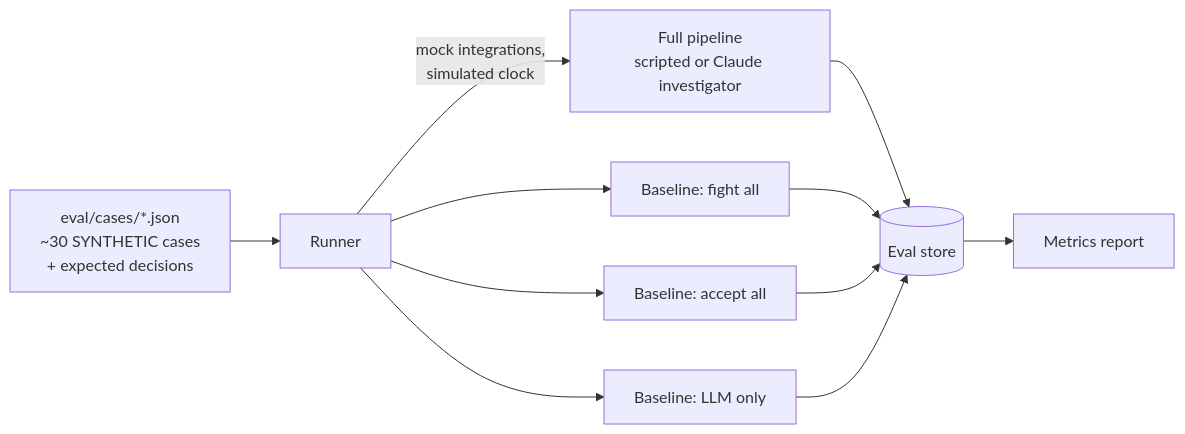
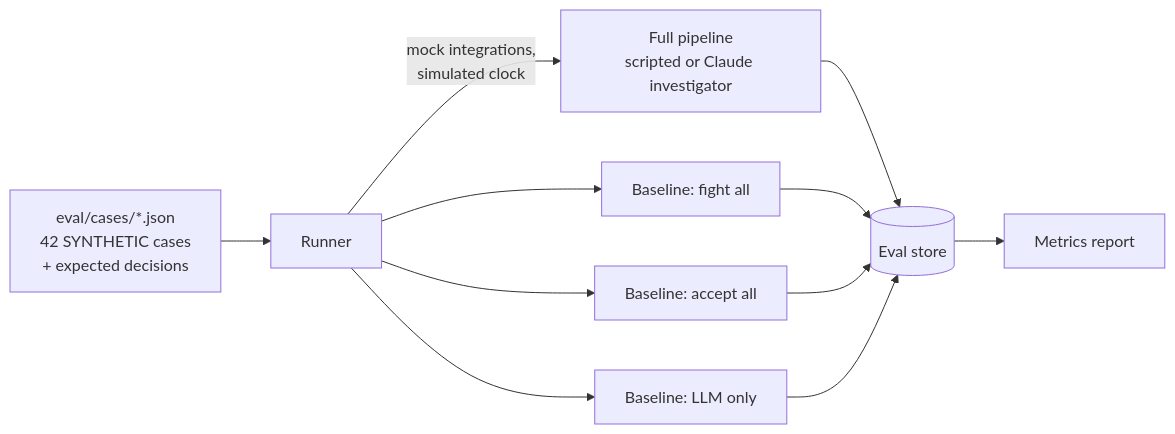
The eighth of 8 diagrams in docs/architecture.md (rachanna/nirnaya), drawn with Mermaid before and after one commit. The commit also changed other lines of this file and 3 other files, not shown here.

Commit message:
Record Milestone 6 in the architecture, spec, expert policy and CLAUDE.md

````diff
--- a/docs/architecture.md
+++ b/docs/architecture.md
@@ -894,10 +894,10 @@
 ```mermaid
 flowchart LR
-    F[eval/cases/*.json<br/>~30 SYNTHETIC cases<br/>+ expected decisions] --> R[Runner]
+    F[eval/cases/*.json<br/>42 SYNTHETIC cases<br/>+ expected decisions] --> R[Runner]
     R -->|mock integrations,<br/>simulated clock| P[Full pipeline<br/>scripted or Claude investigator]
     R --> B1[Baseline: fight all]
     R --> B2[Baseline: accept all]
     R --> B3[Baseline: LLM only]
     P & B1 & B2 & B3 --> S[(Eval store)]
     S --> M[Metrics report]
 ```
````
